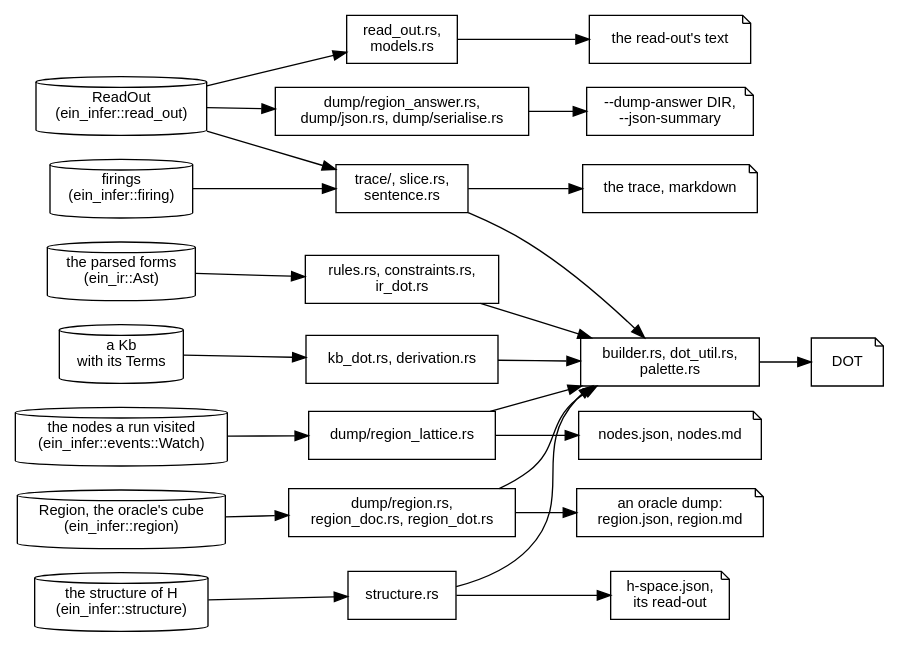
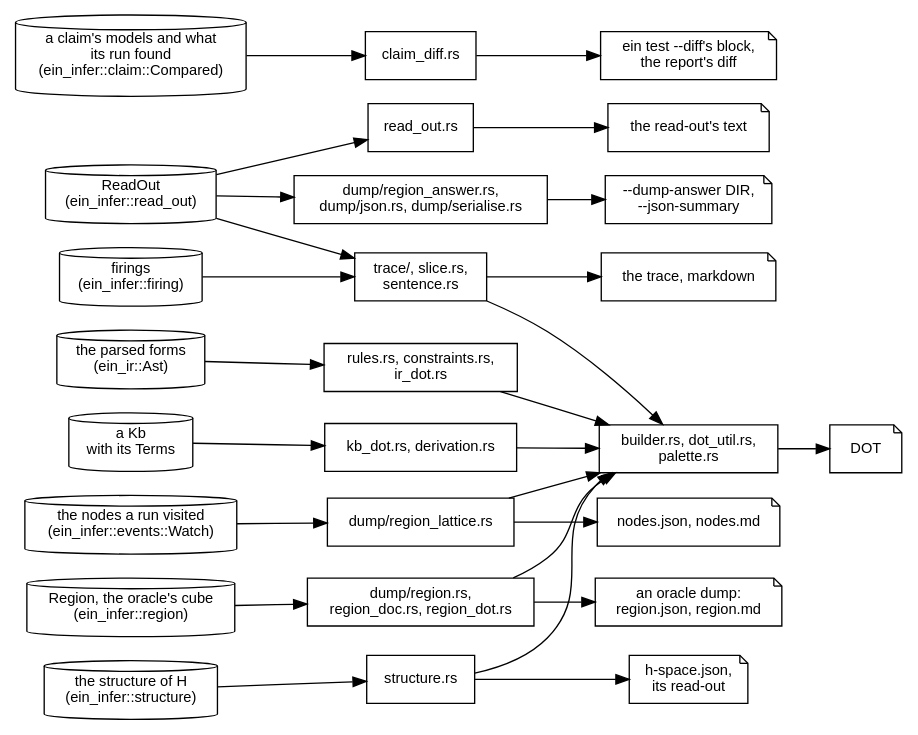
One commit to agutikov/ein changed the diagram in docs/ein/ein.rs/diagrams/01-ein-render-modules.dot. Above: the diagram before and after it, drawn with Graphviz. The commit also changed 38 other files, not shown here.

```diff
--- a/docs/ein/ein.rs/diagrams/01-ein-render-modules.dot
+++ b/docs/ein/ein.rs/diagrams/01-ein-render-modules.dot
@@ -1,37 +1,41 @@
 digraph ein_render {
   rankdir=LR;
   node [shape=box, fontname="Helvetica", fontsize=11];
   edge [fontname="Helvetica", fontsize=9];
 
   forms   [shape=cylinder, label="the parsed forms\n(ein_ir::Ast)"];
   kb      [shape=cylinder, label="a Kb\nwith its Terms"];
   firings [shape=cylinder, label="firings\n(ein_infer::firing)"];
   ro      [shape=cylinder, label="ReadOut\n(ein_infer::read_out)"];
   cube    [shape=cylinder, label="Region, the oracle's cube\n(ein_infer::region)"];
   hs      [shape=cylinder, label="the structure of H\n(ein_infer::structure)"];
   visits  [shape=cylinder, label="the nodes a run visited\n(ein_infer::events::Watch)"];
+  cmp     [shape=cylinder, label="a claim's models and what\nits run found\n(ein_infer::claim::Compared)"];
 
   prog  [label="rules.rs, constraints.rs,\nir_dot.rs"];
   kbv   [label="kb_dot.rs, derivation.rs"];
   trace [label="trace/, slice.rs,\nsentence.rs"];
-  text  [label="read_out.rs,\nmodels.rs"];
+  text  [label="read_out.rs"];
+  cdiff [label="claim_diff.rs"];
   dans  [label="dump/region_answer.rs,\ndump/json.rs, dump/serialise.rs"];
   dlat  [label="dump/region_lattice.rs"];
   dreg  [label="dump/region.rs,\nregion_doc.rs, region_dot.rs"];
   struc [label="structure.rs"];
   dot   [label="builder.rs, dot_util.rs,\npalette.rs"];
 
   o_dot  [shape=note, label="DOT"];
   o_md   [shape=note, label="the trace, markdown"];
   o_out  [shape=note, label="the read-out's text"];
   o_ans  [shape=note, label="--dump-answer DIR,\n--json-summary"];
   o_lat  [shape=note, label="nodes.json, nodes.md"];
   o_reg  [shape=note, label="an oracle dump:\nregion.json, region.md"];
   o_hs   [shape=note, label="h-space.json,\nits read-out"];
+  o_diff [shape=note, label="ein test --diff's block,\nthe report's diff"];
 
   forms -> prog;  kb -> kbv;  firings -> trace;  ro -> trace;
-  ro -> text;  ro -> dans;  visits -> dlat;  cube -> dreg;  hs -> struc;
+  ro -> text;  ro -> dans;  visits -> dlat;  cube -> dreg;  hs -> struc;  cmp -> cdiff;
   prog -> dot;  kbv -> dot;  trace -> dot;  dlat -> dot;  dreg -> dot;  struc -> dot;
   dot -> o_dot;
   trace -> o_md;  text -> o_out;  dans -> o_ans;  dlat -> o_lat;  dreg -> o_reg;  struc -> o_hs;
+  cdiff -> o_diff;
 }
```
